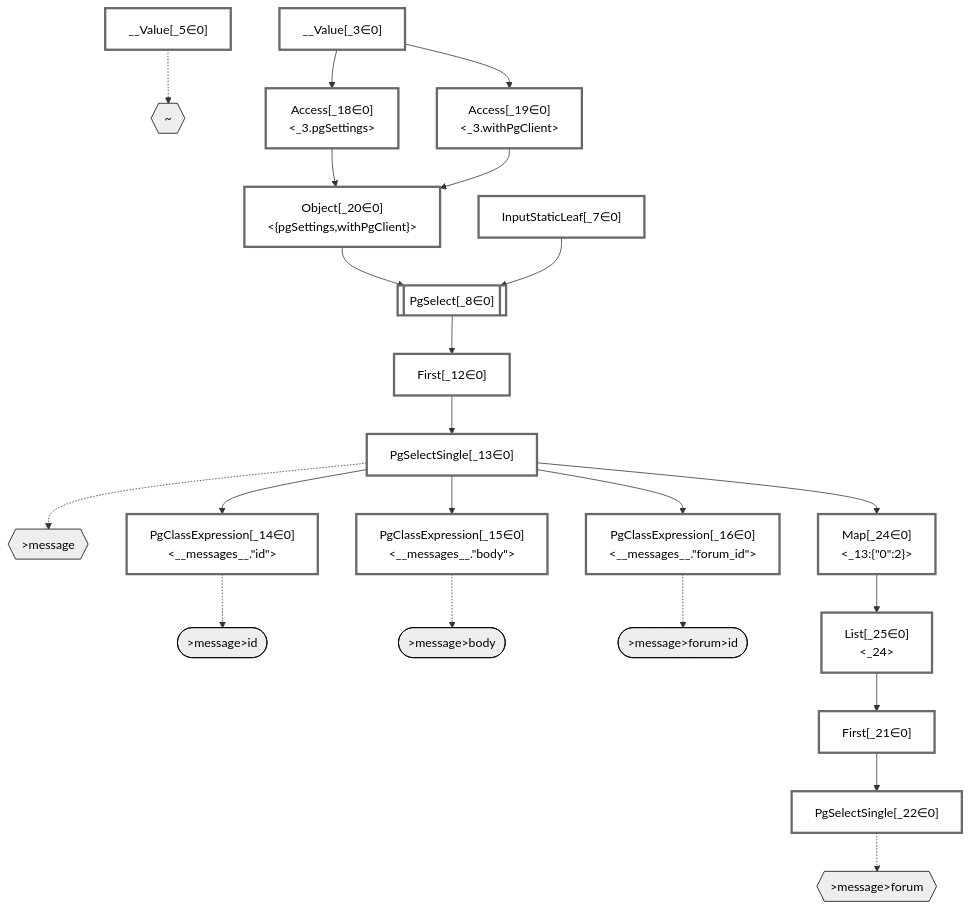
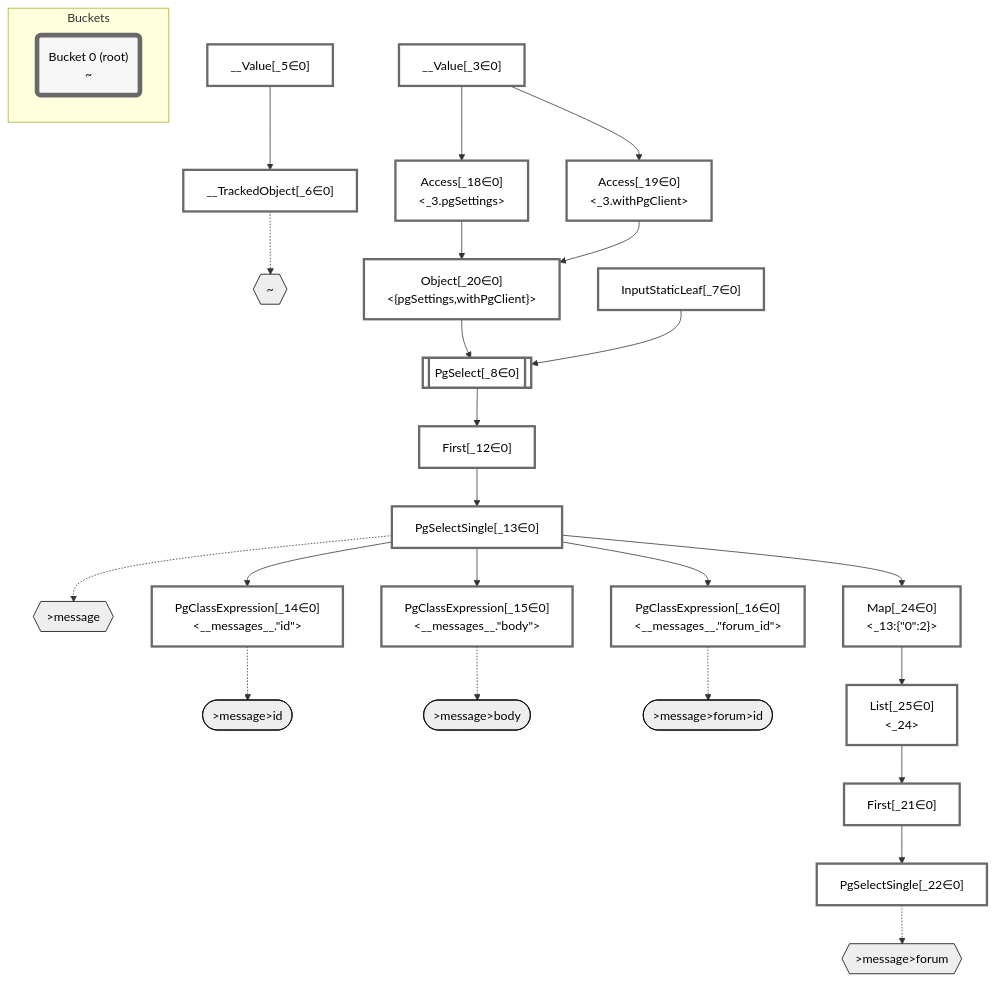
The diagram in packages/dataplan-pg/__tests__/queries/relations/basics-no-join-if-identical.mermaid.md (graphile/crystal), drawn with Mermaid before and after one commit. The commit also changed 195 other files, not shown here.

````diff
--- a/packages/dataplan-pg/__tests__/queries/relations/basics-no-join-if-identical.mermaid.md
+++ b/packages/dataplan-pg/__tests__/queries/relations/basics-no-join-if-identical.mermaid.md
@@ -1,68 +1,76 @@
 ```mermaid
 graph TD
     classDef path fill:#eee,stroke:#000,color:#000
     classDef plan fill:#fff,stroke-width:3px,color:#000
     classDef itemplan fill:#fff,stroke-width:6px,color:#000
     classDef sideeffectplan fill:#f00,stroke-width:6px,color:#000
+    classDef bucket fill:#f6f6f6,color:#000,stroke-width:6px
 
     %% subgraph fields
     P1{{"~"}}:::path
     P2{{">message"}}:::path
     P3([">message>id"]):::path
     %% P2 -.-> P3
     P4([">message>body"]):::path
     %% P2 -.-> P4
     P5{{">message>forum"}}:::path
     P6([">message>forum>id"]):::path
     %% P5 -.-> P6
     %% P2 -.-> P5
     %% P1 -.-> P2
     %% end
 
     %% define plans
     __Value_3["__Value[_3∈0]<br /><context>"]:::plan
     __Value_5["__Value[_5∈0]<br /><rootValue>"]:::plan
+    __TrackedObject_6["__TrackedObject[_6∈0]"]:::plan
     InputStaticLeaf_7["InputStaticLeaf[_7∈0]"]:::plan
     PgSelect_8[["PgSelect[_8∈0]<br /><messages>"]]:::plan
     First_12["First[_12∈0]"]:::plan
     PgSelectSingle_13["PgSelectSingle[_13∈0]<br /><messages>"]:::plan
     PgClassExpression_14["PgClassExpression[_14∈0]<br /><__messages__.#quot;id#quot;>"]:::plan
     PgClassExpression_15["PgClassExpression[_15∈0]<br /><__messages__.#quot;body#quot;>"]:::plan
     PgClassExpression_16["PgClassExpression[_16∈0]<br /><__messages__.#quot;forum_id#quot;>"]:::plan
     Access_18["Access[_18∈0]<br /><_3.pgSettings>"]:::plan
     Access_19["Access[_19∈0]<br /><_3.withPgClient>"]:::plan
     Object_20["Object[_20∈0]<br /><{pgSettings,withPgClient}>"]:::plan
     First_21["First[_21∈0]"]:::plan
     PgSelectSingle_22["PgSelectSingle[_22∈0]<br /><forums>"]:::plan
     Map_24["Map[_24∈0]<br /><_13:{#quot;0#quot;:2}>"]:::plan
     List_25["List[_25∈0]<br /><_24>"]:::plan
 
     %% plan dependencies
+    __Value_5 --> __TrackedObject_6
     Object_20 --> PgSelect_8
     InputStaticLeaf_7 --> PgSelect_8
     PgSelect_8 --> First_12
     First_12 --> PgSelectSingle_13
     PgSelectSingle_13 --> PgClassExpression_14
     PgSelectSingle_13 --> PgClassExpression_15
     PgSelectSingle_13 --> PgClassExpression_16
     __Value_3 --> Access_18
     __Value_3 --> Access_19
     Access_18 --> Object_20
     Access_19 --> Object_20
     List_25 --> First_21
     First_21 --> PgSelectSingle_22
     PgSelectSingle_13 --> Map_24
     Map_24 --> List_25
 
     %% plan-to-path relationships
-    __Value_5 -.-> P1
+    __TrackedObject_6 -.-> P1
     PgSelectSingle_13 -.-> P2
     PgClassExpression_14 -.-> P3
     PgClassExpression_15 -.-> P4
     PgSelectSingle_22 -.-> P5
     PgClassExpression_16 -.-> P6
 
     %% allocate buckets
     classDef bucket0 stroke:#696969
-    class __Value_3,__Value_5,InputStaticLeaf_7,PgSelect_8,First_12,PgSelectSingle_13,PgClassExpression_14,PgClassExpression_15,PgClassExpression_16,Access_18,Access_19,Object_20,First_21,PgSelectSingle_22,Map_24,List_25 bucket0
+    class __Value_3,__Value_5,__TrackedObject_6,InputStaticLeaf_7,PgSelect_8,First_12,PgSelectSingle_13,PgClassExpression_14,PgClassExpression_15,PgClassExpression_16,Access_18,Access_19,Object_20,First_21,PgSelectSingle_22,Map_24,List_25 bucket0
+
+    subgraph Buckets
+    Bucket0("Bucket 0 (root)<br />~"):::bucket
+    style Bucket0 stroke:#696969
+    end
 ```
````
